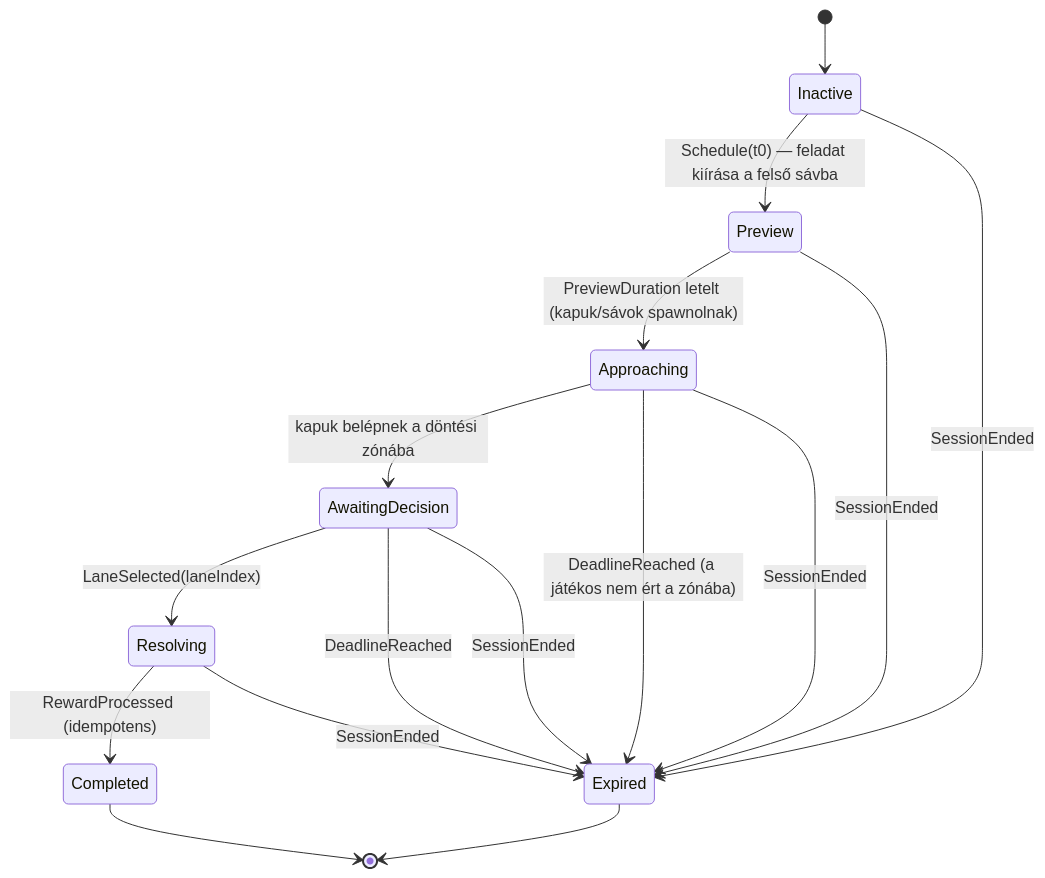
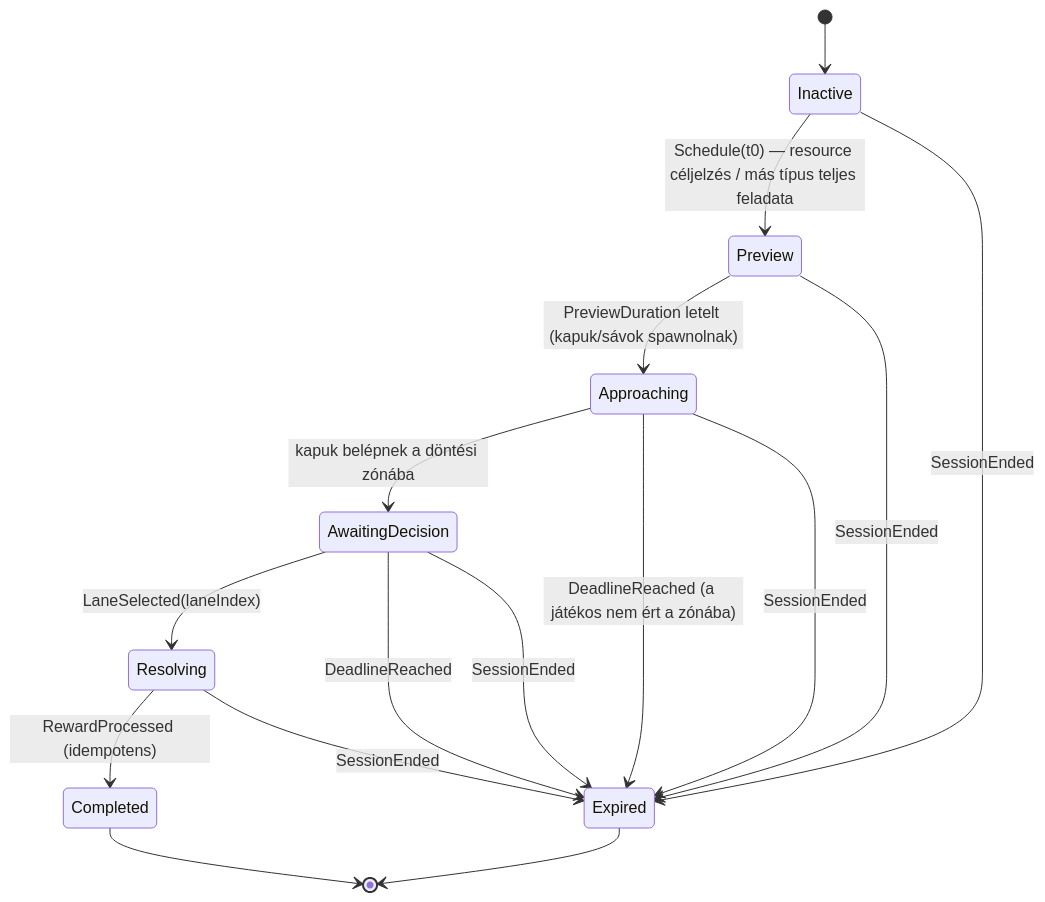
Before and after one commit to kmarkodotnet/mathwars: the third of 4 diagrams in docs/ARCHITECTURE.md, drawn with Mermaid. The commit also changed other lines of this file and 7 other files, not shown here.

````diff
--- a/docs/ARCHITECTURE.md
+++ b/docs/ARCHITECTURE.md
@@ -248,18 +248,18 @@
 ```mermaid
 stateDiagram-v2
     [*] --> Inactive
-    Inactive --> Preview: Schedule(t0) — feladat kiírása a felső sávba
+    Inactive --> Preview: Schedule(t0) — resource céljelzés / más típus teljes feladata
     Preview --> Approaching: PreviewDuration letelt (kapuk/sávok spawnolnak)
     Approaching --> AwaitingDecision: kapuk belépnek a döntési zónába
     Approaching --> Expired: DeadlineReached (a játékos nem ért a zónába)
     AwaitingDecision --> Resolving: LaneSelected(laneIndex)
     AwaitingDecision --> Expired: DeadlineReached
     Resolving --> Completed: RewardProcessed (idempotens)
     Completed --> [*]
     Expired --> [*]
     Inactive --> Expired: SessionEnded
     Preview --> Expired: SessionEnded
     Approaching --> Expired: SessionEnded
     AwaitingDecision --> Expired: SessionEnded
     Resolving --> Expired: SessionEnded
 ```
````
